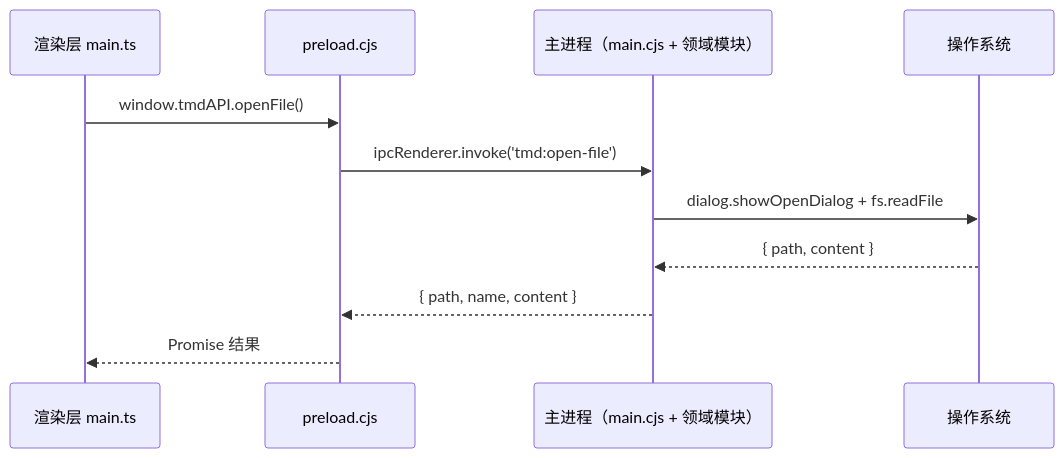
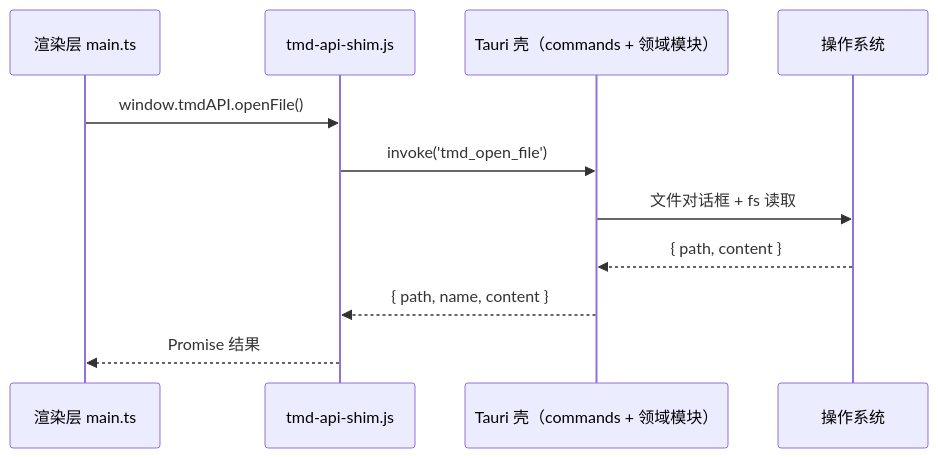
One commit to ChiangyangNPU/tmd changed the second of 4 diagrams in docs/架构设计.md. Above: the diagram before and after it, drawn with Mermaid. The commit also changed other lines of this file and 33 other files, not shown here.

````diff
--- a/docs/架构设计.md
+++ b/docs/架构设计.md
@@ -67,14 +71,14 @@
 ```mermaid
 sequenceDiagram
     participant R as 渲染层 main.ts
-    participant P as preload.cjs
-    participant M as 主进程（main.cjs + 领域模块）
+    participant S as tmd-api-shim.js
+    participant M as Tauri 壳（commands + 领域模块）
     participant OS as 操作系统
 
-    R->>P: window.tmdAPI.openFile()
-    P->>M: ipcRenderer.invoke('tmd:open-file')
-    M->>OS: dialog.showOpenDialog + fs.readFile
+    R->>S: window.tmdAPI.openFile()
+    S->>M: invoke('tmd_open_file')
+    M->>OS: 文件对话框 + fs 读取
     OS-->>M: { path, content }
-    M-->>P: { path, name, content }
-    P-->>R: Promise 结果
+    M-->>S: { path, name, content }
+    S-->>R: Promise 结果
 ```
````
